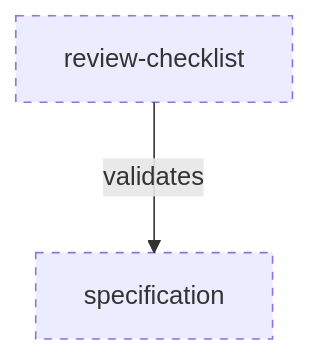
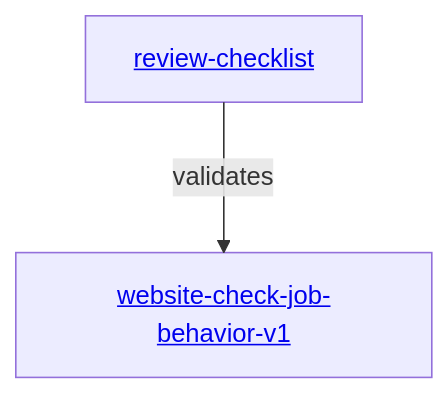
The diagram in website-check-job-behavior/README.md (vrparthasarathy/migration-job-discovery), drawn with Mermaid before and after one commit. The commit also changed other lines of this file and 4 other files, not shown here.

Commit message:
Build Website Check Job Behavior.

````diff
--- a/website-check-job-behavior/README.md
+++ b/website-check-job-behavior/README.md
@@ -58,11 +23,10 @@
 ```mermaid
 ---
 config:
   layout: elk
 ---
 %%{init: {"securityLevel": "loose"}}%%
 flowchart TB
-  spec["specification"]:::planned
-  chk["review-checklist"]:::planned -->|validates| spec
-  classDef planned stroke-dasharray: 5 5
+  spec["<a href='website-check-job-behavior-v1.md'>website-check-job-behavior-v1</a>"]
+  chk["<a href='review-checklist.md'>review-checklist</a>"] -->|validates| spec
 ```
````
